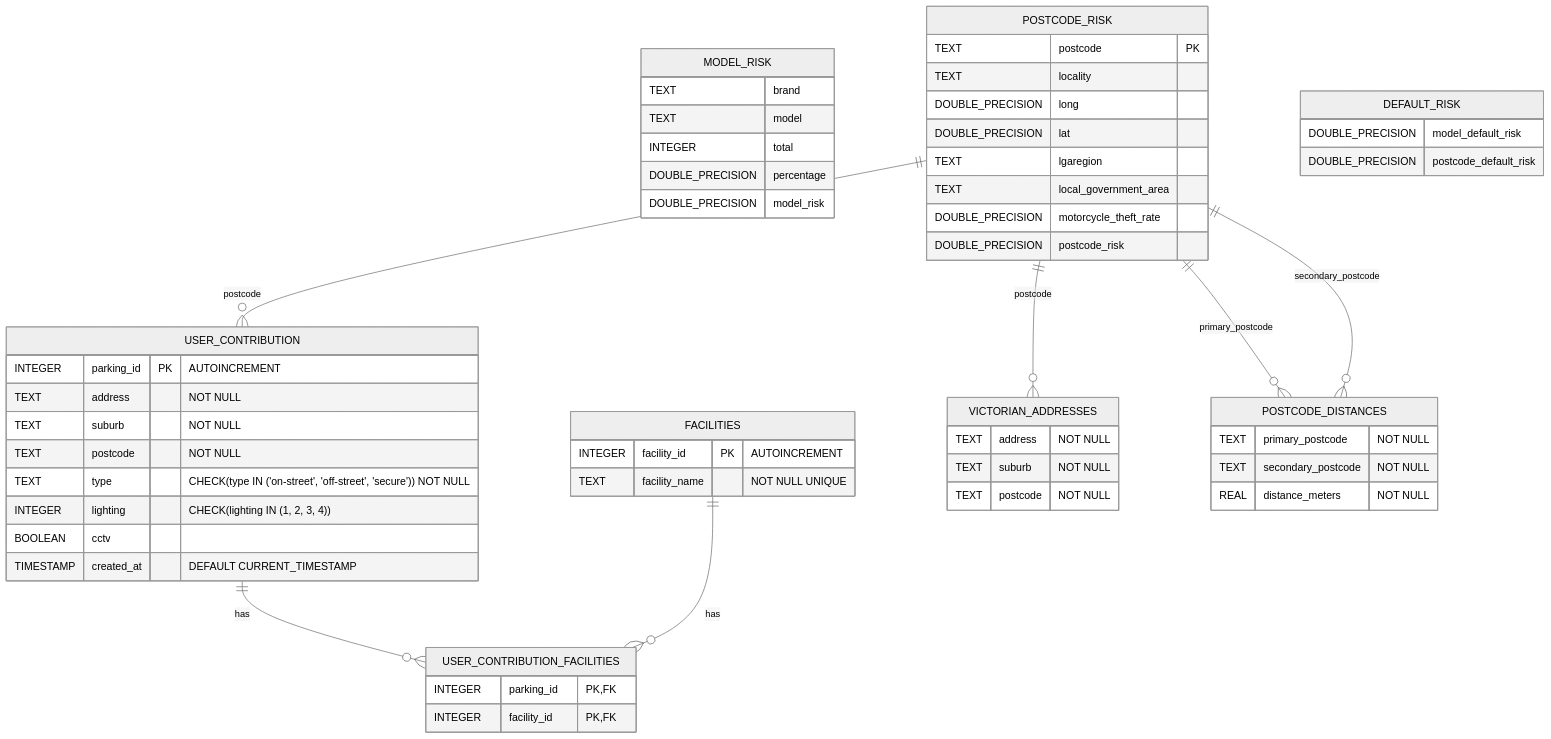
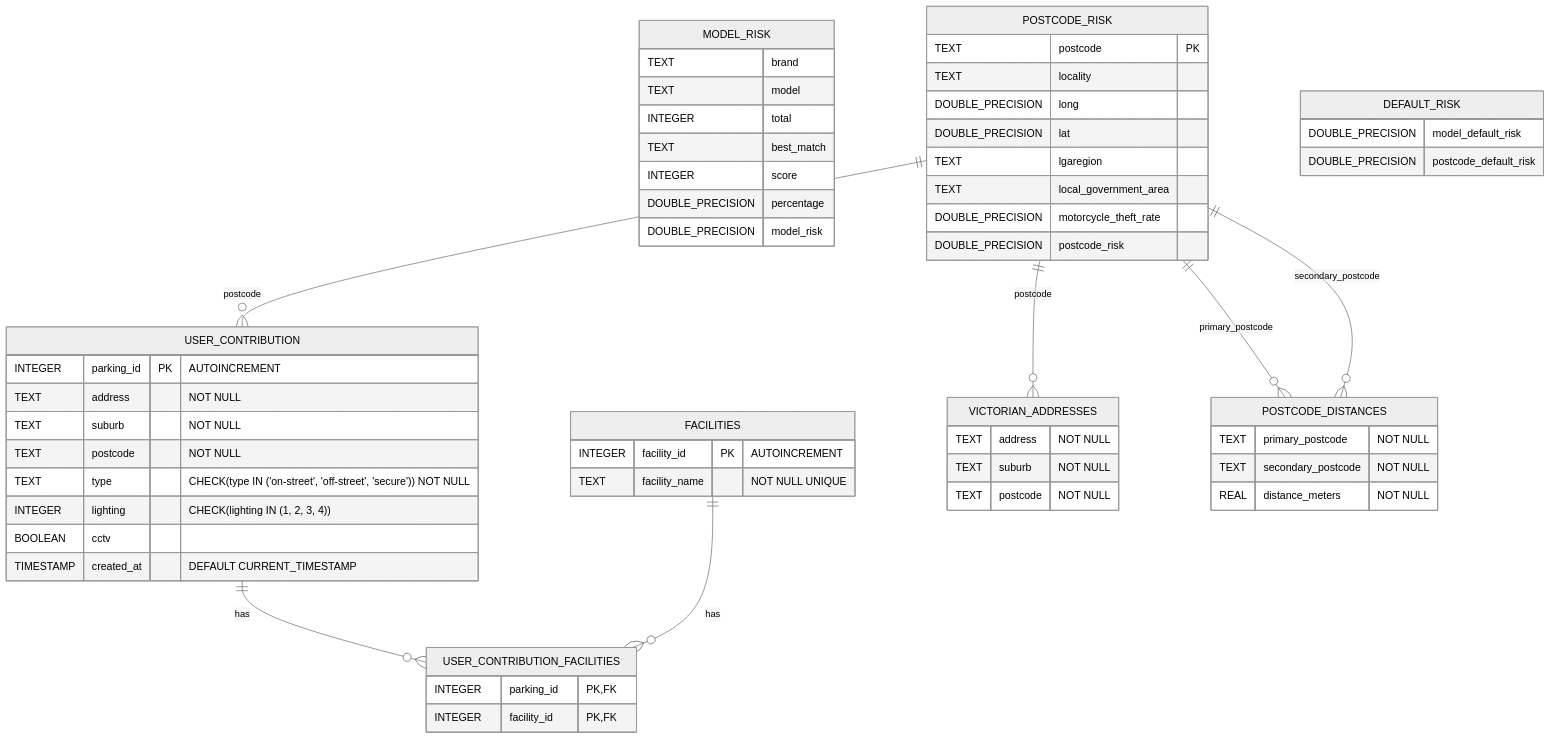
Before and after one commit to michaelmcallister/hotspot: the diagram in docs/entity_relationship.md, drawn with Mermaid (neutral theme). The commit also changed 3 other files, not shown here.

````diff
--- a/docs/entity_relationship.md
+++ b/docs/entity_relationship.md
@@ -2,69 +2,71 @@
 ```mermaid
 erDiagram
   MODEL_RISK {
     TEXT brand
     TEXT model
     INTEGER total
+    TEXT best_match
+    INTEGER score
     DOUBLE_PRECISION percentage
     DOUBLE_PRECISION model_risk
   }
 
   POSTCODE_RISK {
     TEXT postcode PK
     TEXT locality
     DOUBLE_PRECISION long
     DOUBLE_PRECISION lat
     TEXT lgaregion
     TEXT local_government_area
     DOUBLE_PRECISION motorcycle_theft_rate
     DOUBLE_PRECISION postcode_risk
   }
 
   DEFAULT_RISK {
     DOUBLE_PRECISION model_default_risk
     DOUBLE_PRECISION postcode_default_risk
   }
 
   USER_CONTRIBUTION {
     INTEGER parking_id PK "AUTOINCREMENT"
     TEXT address "NOT NULL"
     TEXT suburb "NOT NULL"
     TEXT postcode "NOT NULL"
     TEXT type "CHECK(type IN ('on-street', 'off-street', 'secure')) NOT NULL"
     INTEGER lighting "CHECK(lighting IN (1, 2, 3, 4))"
     BOOLEAN cctv
     TIMESTAMP created_at "DEFAULT CURRENT_TIMESTAMP"
   }
 
   FACILITIES {
     INTEGER facility_id PK "AUTOINCREMENT"
     TEXT facility_name "NOT NULL UNIQUE"
   }
 
   USER_CONTRIBUTION_FACILITIES {
     INTEGER parking_id PK, FK
     INTEGER facility_id PK, FK
   }
 
   VICTORIAN_ADDRESSES {
     TEXT address "NOT NULL"
     TEXT suburb "NOT NULL"
     TEXT postcode "NOT NULL"
   }
 
   POSTCODE_DISTANCES {
     TEXT primary_postcode "NOT NULL"
     TEXT secondary_postcode "NOT NULL"
     REAL distance_meters "NOT NULL"
   }
 
   %% Relationships
   USER_CONTRIBUTION ||--o{ USER_CONTRIBUTION_FACILITIES : "has"
   FACILITIES ||--o{ USER_CONTRIBUTION_FACILITIES : "has"
 
   %% Foreign key relationships through postcode matching
   POSTCODE_RISK ||--o{ USER_CONTRIBUTION : "postcode"
   POSTCODE_RISK ||--o{ VICTORIAN_ADDRESSES : "postcode"
   POSTCODE_RISK ||--o{ POSTCODE_DISTANCES : "primary_postcode"
   POSTCODE_RISK ||--o{ POSTCODE_DISTANCES : "secondary_postcode"
 ```
````
